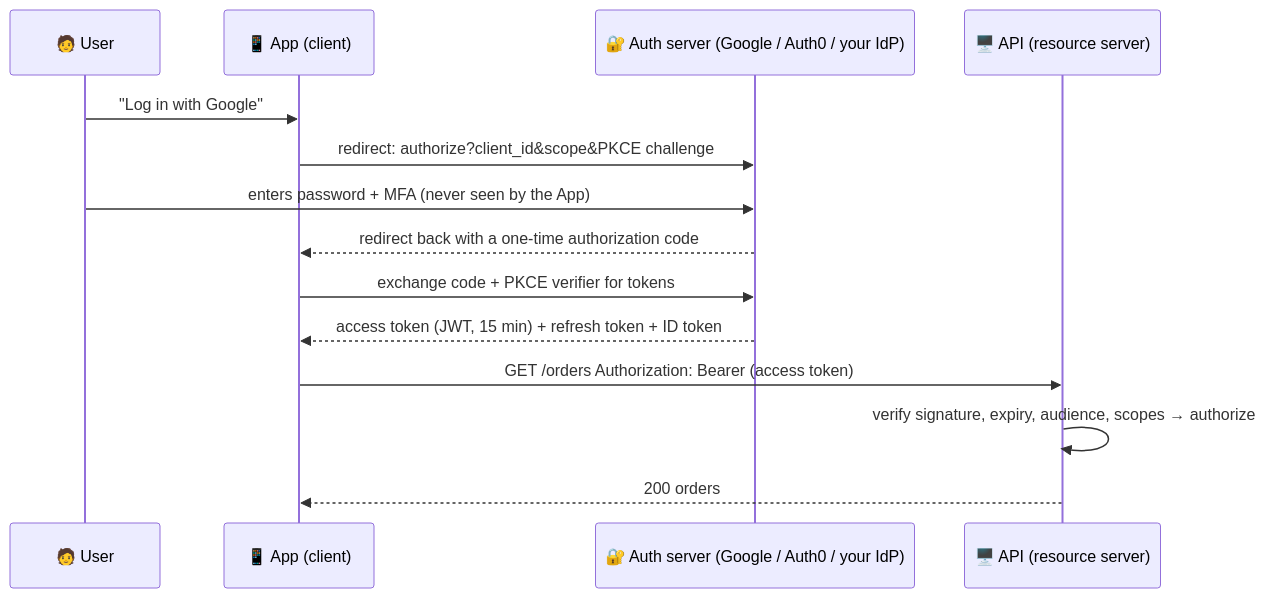
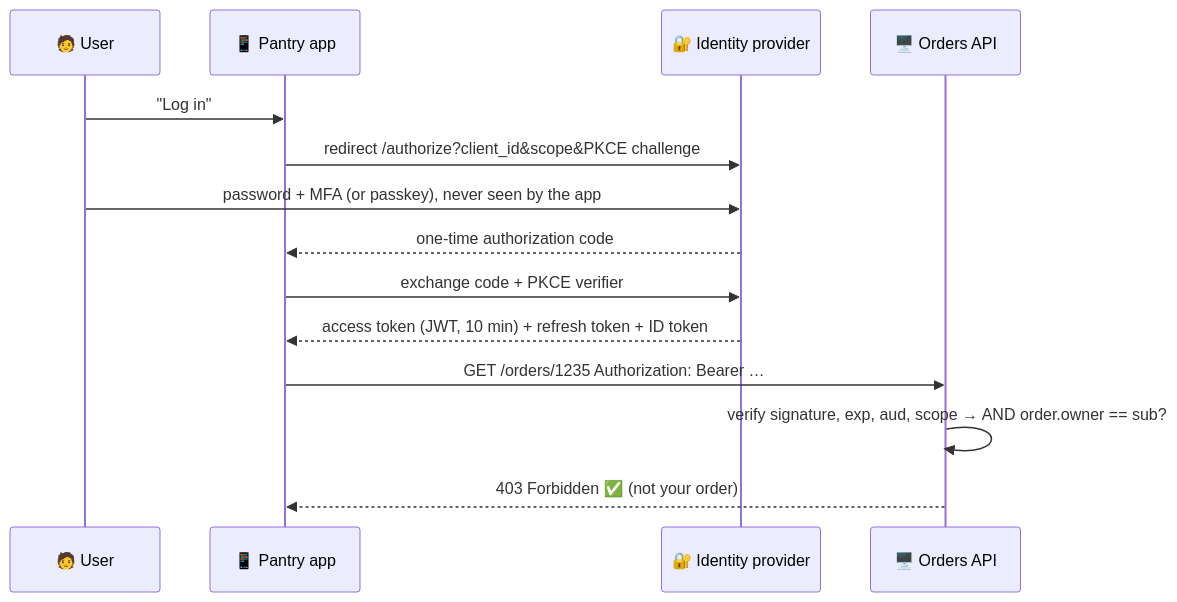
One commit to winnyboy5/System-Design-from-Atoms changed the diagram in phases/08-reliability-ops/069-authn-authz-oauth-jwt.md. Above: the diagram before and after it, drawn with Mermaid. The commit also changed other lines of this file and 9 other files, not shown here.

````diff
--- a/phases/08-reliability-ops/069-authn-authz-oauth-jwt.md
+++ b/phases/08-reliability-ops/069-authn-authz-oauth-jwt.md
@@ -28,16 +40,16 @@
 ```mermaid
 sequenceDiagram
     participant U as 🧑 User
-    participant App as 📱 App (client)
-    participant IdP as 🔐 Auth server (Google / Auth0 / your IdP)
-    participant API as 🖥️ API (resource server)
-    U->>App: "Log in with Google"
-    App->>IdP: redirect: authorize?client_id&scope&PKCE challenge
-    U->>IdP: enters password + MFA (never seen by the App)
-    IdP-->>App: redirect back with a one-time authorization code
-    App->>IdP: exchange code + PKCE verifier for tokens
-    IdP-->>App: access token (JWT, 15 min) + refresh token + ID token
-    App->>API: GET /orders  Authorization: Bearer (access token)
-    API->>API: verify signature, expiry, audience, scopes → authorize
-    API-->>App: 200 orders
+    participant App as 📱 Pantry app
+    participant IdP as 🔐 Identity provider
+    participant API as 🖥️ Orders API
+    U->>App: "Log in"
+    App->>IdP: redirect /authorize?client_id&scope&PKCE challenge
+    U->>IdP: password + MFA (or passkey), never seen by the app
+    IdP-->>App: one-time authorization code
+    App->>IdP: exchange code + PKCE verifier
+    IdP-->>App: access token (JWT, 10 min) + refresh token + ID token
+    App->>API: GET /orders/1235  Authorization: Bearer …
+    API->>API: verify signature, exp, aud, scope → AND order.owner == sub?
+    API-->>App: 403 Forbidden ✅ (not your order)
 ```
````
